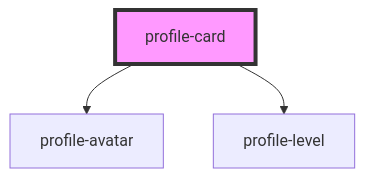
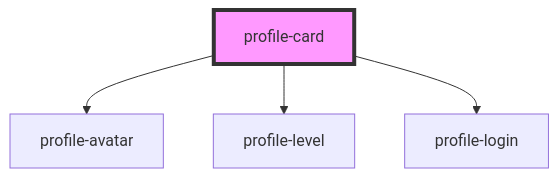
Before and after one commit to siyabendoezdemir/progrow: the diagram in src/components/molecules/ProfileCard/readme.md, drawn with Mermaid. The commit also changed other lines of this file and 19 other files, not shown here.

````diff
--- a/src/components/molecules/ProfileCard/readme.md
+++ b/src/components/molecules/ProfileCard/readme.md
@@ -23,6 +17,7 @@
 ```mermaid
 graph TD;
   profile-card --> profile-avatar
   profile-card --> profile-level
+  profile-card --> profile-login
   style profile-card fill:#f9f,stroke:#333,stroke-width:4px
 ```
````
